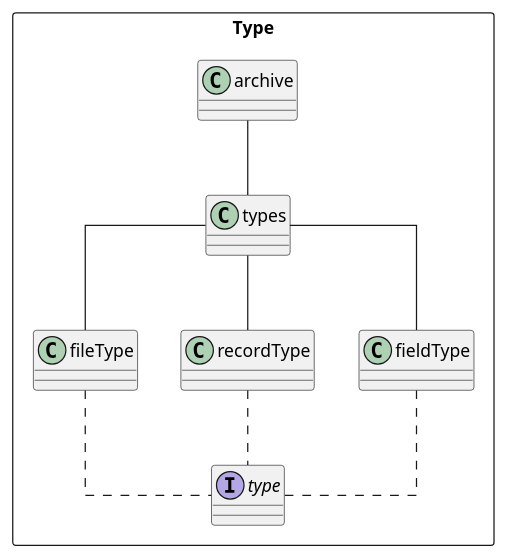
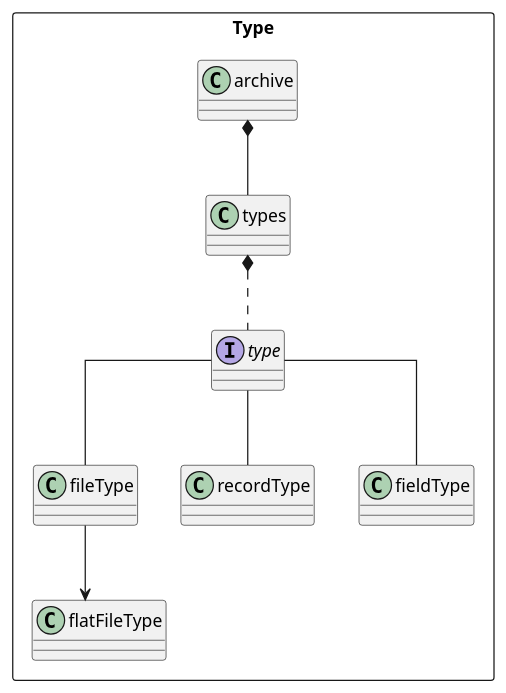
Before and after one commit to joergen-vs/73027c42-c2cd-4c62-b1f4-2532c0eb8dab: the diagram in usage/aspirations/umls/uml-type.puml, drawn with PlantUML. The commit also changed 5 other files, not shown here.

Commit message:
Updated umls with class type references Started on types

```diff
--- a/usage/aspirations/umls/uml-type.puml
+++ b/usage/aspirations/umls/uml-type.puml
@@ -1,16 +1,16 @@
 @startuml
 skinparam linetype polyline
 skinparam linetype ortho
 
 package "Type" <<Rectangle>> {
-archive -- types
+archive *-- types
 interface type
-types -- fileType
-types -- recordType
-types -- fieldType
-fileType .. type
-recordType .. type
-fieldType .. type
+types *.. type
+type -- fileType
+type -- recordType
+type -- fieldType
+
+fileType --> flatFileType
 }
 
 @enduml
```
